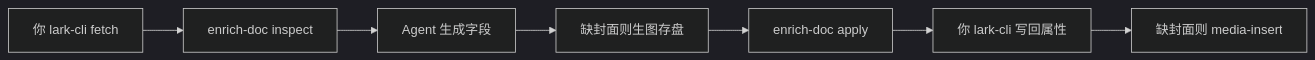
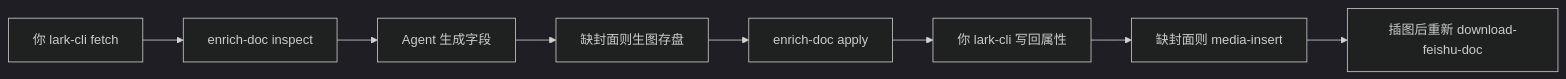
The diagram in skills/enrich-doc/SKILL.md (dinghongfei/xiaoqi), drawn with Mermaid (dark theme) before and after one commit. The commit also changed other lines of this file and 15 other files, not shown here.

First line of the commit message:
feat: re-download covers from Feishu and paste WeChat images at original size

````diff
--- a/skills/enrich-doc/SKILL.md
+++ b/skills/enrich-doc/SKILL.md
@@ -79,9 +92,10 @@
 ```mermaid
 flowchart LR
   fetch[你 lark-cli fetch] --> inspect[enrich-doc inspect]
   inspect --> gen[Agent 生成字段]
   gen --> img[缺封面则生图存盘]
   img --> apply[enrich-doc apply]
   apply --> write[你 lark-cli 写回属性]
   write --> insert[缺封面则 media-insert]
+  insert --> dl[插图后重新 download-feishu-doc]
 ```
````
